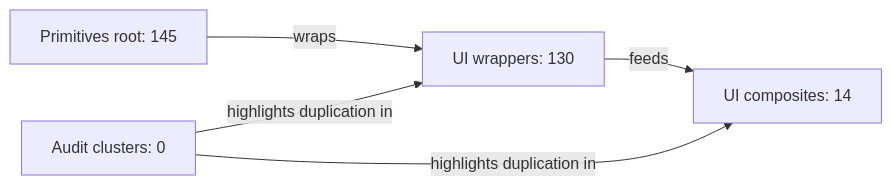
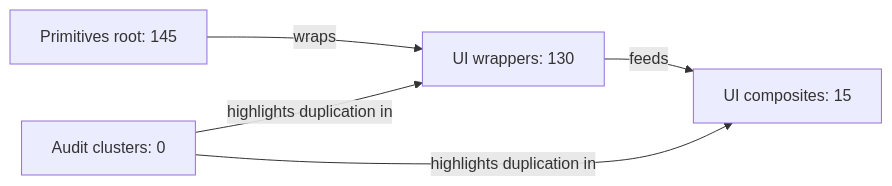
Before and after one commit to rob-balfre/dryui: the first of 2 diagrams in reports/architecture-audit.md, drawn with Mermaid. The commit also changed other lines of this file and 29 other files, not shown here.

````diff
--- a/reports/architecture-audit.md
+++ b/reports/architecture-audit.md
@@ -18,11 +18,11 @@
 ```mermaid
 flowchart LR
   p_root["Primitives root: 145"]
   u_wrap["UI wrappers: 130"]
-  u_comp["UI composites: 14"]
+  u_comp["UI composites: 15"]
   audit["Audit clusters: 0"]
   p_root -->|wraps| u_wrap
   u_wrap -->|feeds| u_comp
   audit -->|highlights duplication in| u_comp
   audit -->|highlights duplication in| u_wrap
 ```
````
